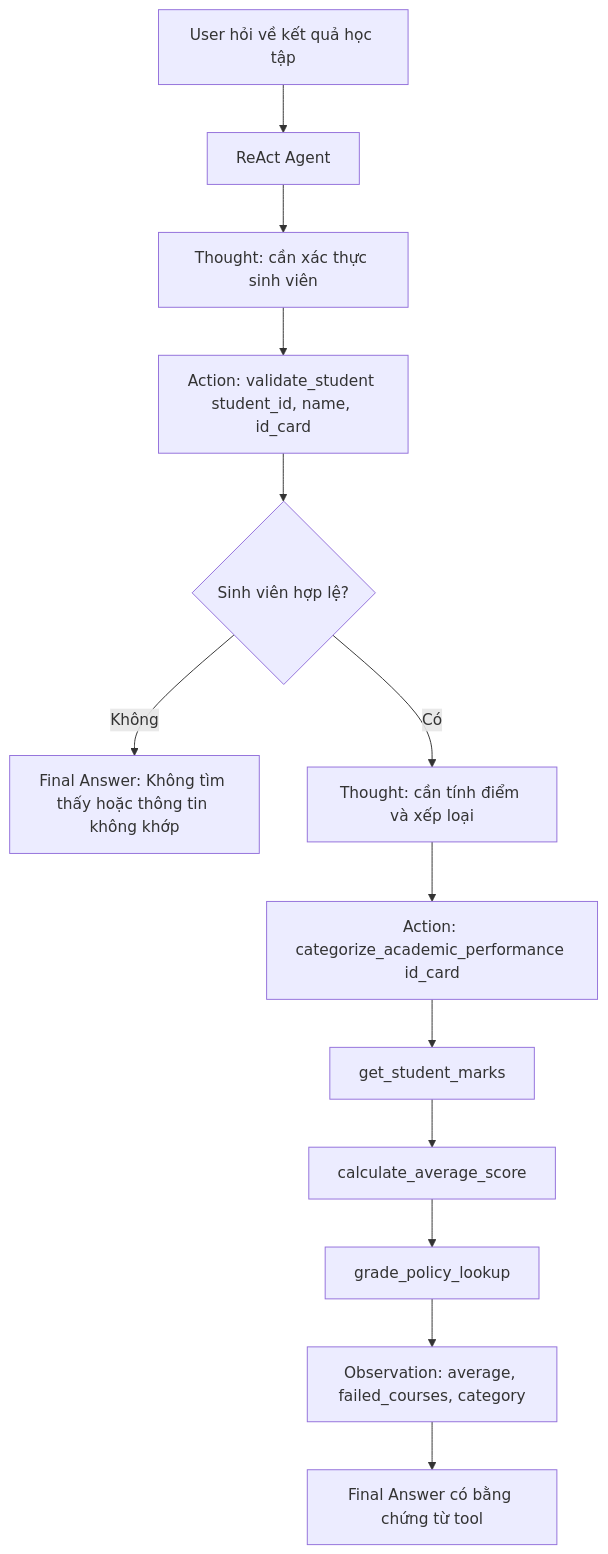
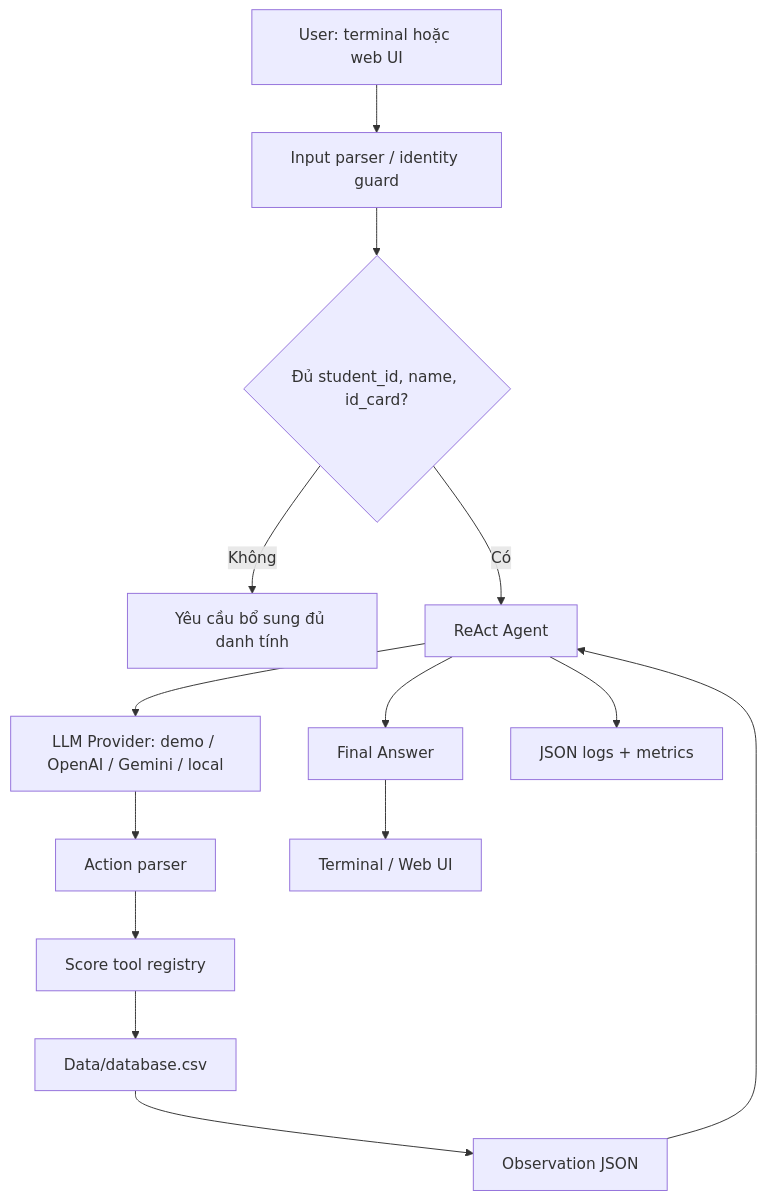
One commit to Kez-DE/Day-3-Lab-Chatbot-vs-react-agent changed the diagram in report/group_report/GROUP_REPORT_NHOM_24.md. Above: the diagram before and after it, drawn with Mermaid. The commit also changed other lines of this file and 4 other files, not shown here.

````diff
--- a/report/group_report/GROUP_REPORT_NHOM_24.md
+++ b/report/group_report/GROUP_REPORT_NHOM_24.md
@@ -100,15 +117,16 @@
 ```mermaid
 flowchart TD
-    A[User hỏi về kết quả học tập] --> B[ReAct Agent]
-    B --> C[Thought: cần xác thực sinh viên]
-    C --> D[Action: validate_student student_id, name, id_card]
-    D --> E{Sinh viên hợp lệ?}
-    E -->|Không| F[Final Answer: Không tìm thấy hoặc thông tin không khớp]
-    E -->|Có| G[Thought: cần tính điểm và xếp loại]
-    G --> H[Action: categorize_academic_performance id_card]
-    H --> I[get_student_marks]
-    I --> J[calculate_average_score]
-    J --> K[grade_policy_lookup]
-    K --> L[Observation: average, failed_courses, category]
-    L --> M[Final Answer có bằng chứng từ tool]
+    A["User: terminal hoặc web UI"] --> B["Input parser / identity guard"]
+    B --> C{"Đủ student_id, name, id_card?"}
+    C -->|Không| D["Yêu cầu bổ sung đủ danh tính"]
+    C -->|Có| E["ReAct Agent"]
+    E --> F["LLM Provider: demo / OpenAI / Gemini / local"]
+    F --> G["Action parser"]
+    G --> H["Score tool registry"]
+    H --> I["Data/database.csv"]
+    I --> J["Observation JSON"]
+    J --> E
+    E --> K["Final Answer"]
+    K --> L["Terminal / Web UI"]
+    E --> M["JSON logs + metrics"]
 ```
````
